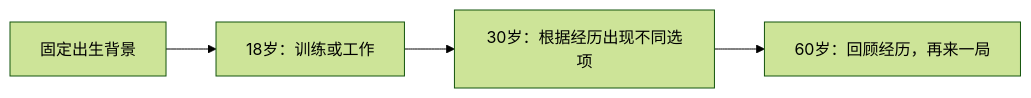
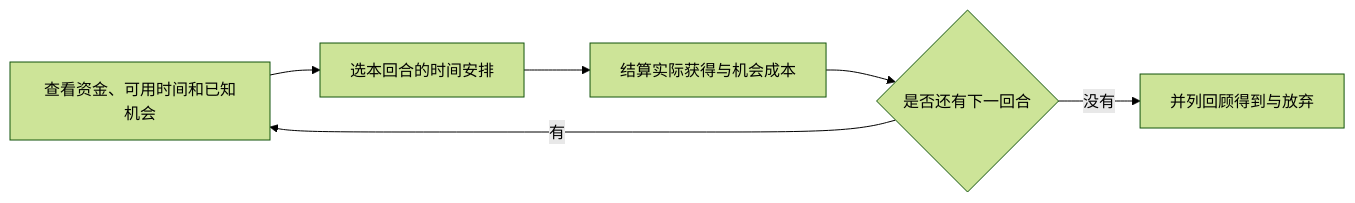
Before and after one commit to yuki-uix/life-sim-product-study: the diagram in docs/mvp-minimal.md, drawn with Mermaid (forest theme). The commit also changed other lines of this file and 5 other files, not shown here.

````diff
--- a/docs/mvp-minimal.md
+++ b/docs/mvp-minimal.md
@@ -15,6 +29,8 @@
 ```mermaid
 flowchart LR
-    A[固定出生背景] --> B[18岁：训练或工作]
-    B --> C[30岁：根据经历出现不同选项]
-    C --> D[60岁：回顾经历，再来一局]
+    A[查看资金、可用时间和已知机会] --> B[选本回合的时间安排]
+    B --> C[结算实际获得与机会成本]
+    C --> D{是否还有下一回合}
+    D -->|有| A
+    D -->|没有| E[并列回顾得到与放弃]
 ```
````
